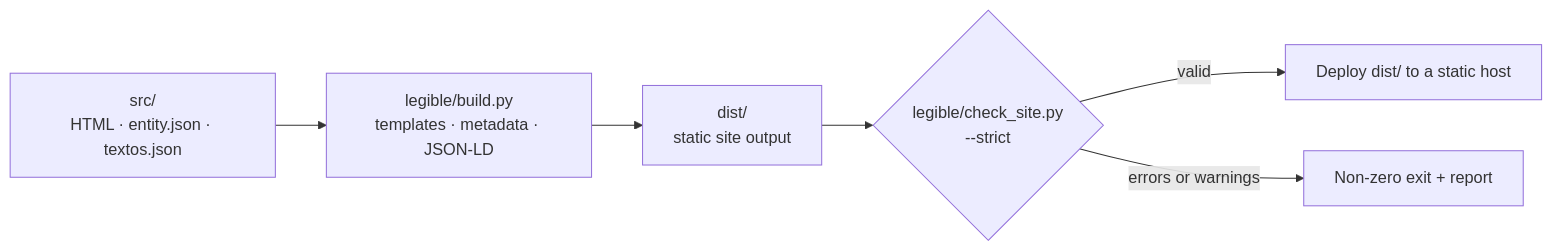
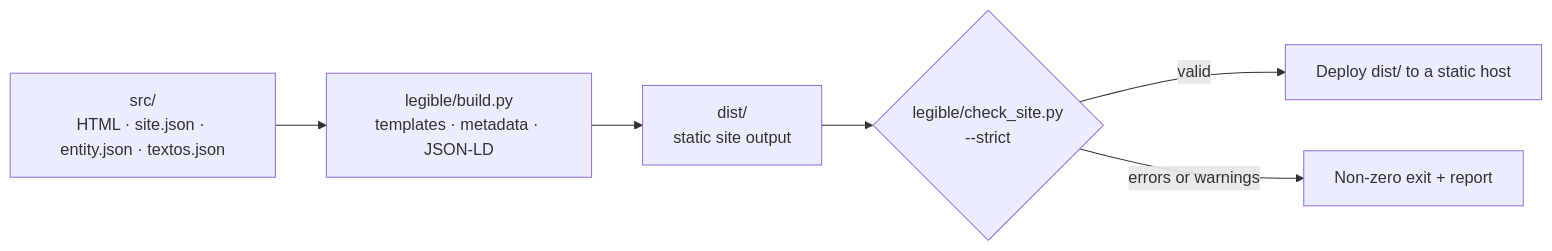
Before and after one commit to angelmaturana/legible: the diagram in README.md, drawn with Mermaid. The commit also changed other lines of this file and 6 other files, not shown here.

````diff
--- a/README.md
+++ b/README.md
@@ -189,8 +194,8 @@
 ```mermaid
 flowchart LR
-    A["src/<br/>HTML · entity.json · textos.json"] --> B["legible/build.py<br/>templates · metadata · JSON-LD"]
+    A["src/<br/>HTML · site.json · entity.json · textos.json"] --> B["legible/build.py<br/>templates · metadata · JSON-LD"]
     B --> C["dist/<br/>static site output"]
     C --> D{"legible/check_site.py<br/>--strict"}
     D -- valid --> E["Deploy dist/ to a static host"]
     D -- errors or warnings --> F["Non-zero exit + report"]
 ```
````
